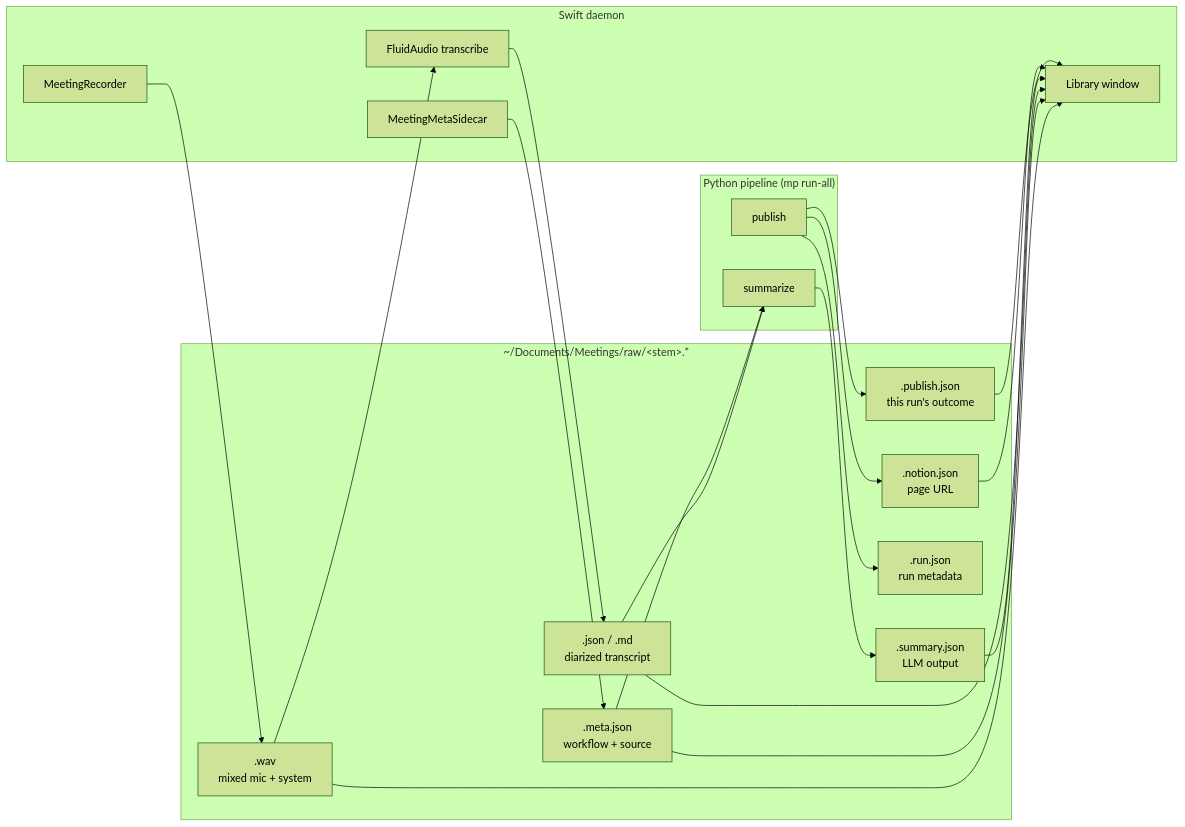
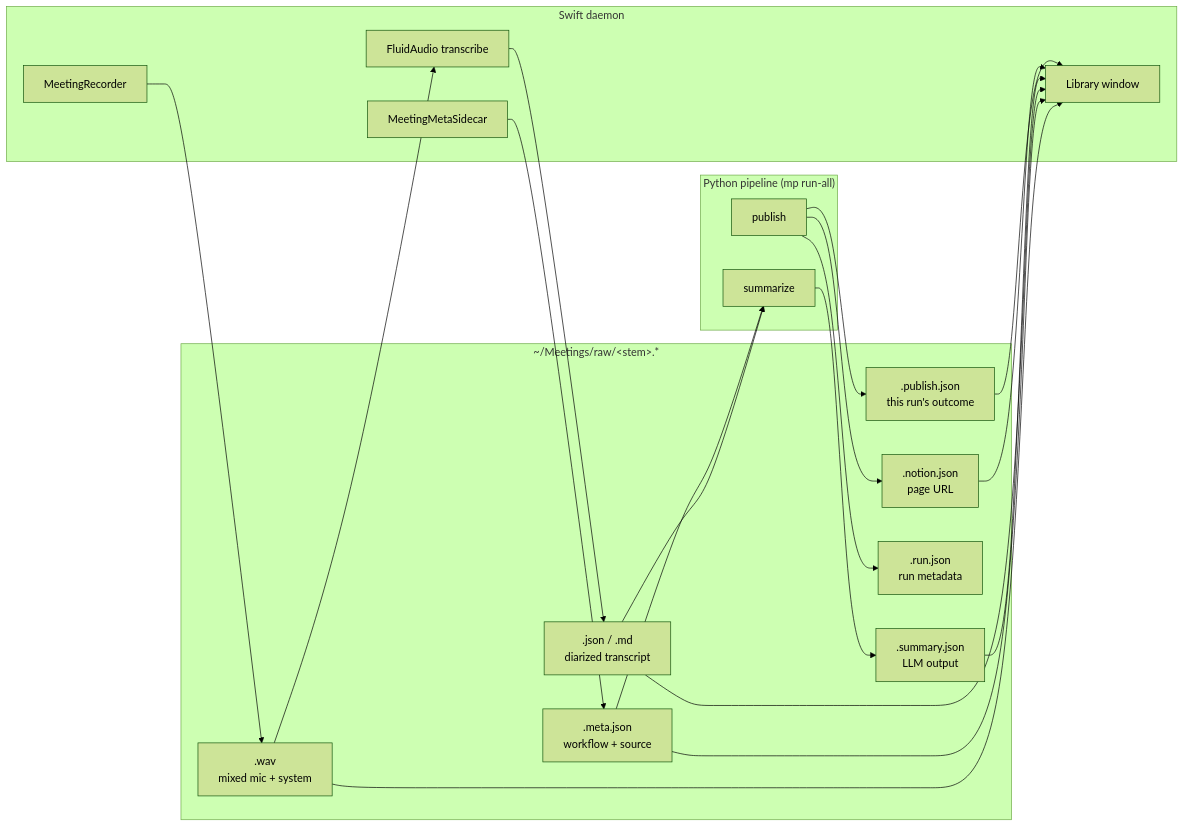
The fourth of 5 diagrams in ARCHITECTURE.md (ggegelya/meeting-pipe), drawn with Mermaid (forest theme) before and after one commit. The commit also changed other lines of this file and 27 other files, not shown here.

````diff
--- a/ARCHITECTURE.md
+++ b/ARCHITECTURE.md
@@ -153,41 +153,41 @@
 ```mermaid
 flowchart LR
     subgraph DaemonSide["Swift daemon"]
         DR["MeetingRecorder"]
         DM["MeetingMetaSidecar"]
         DT["FluidAudio transcribe"]
         DL["Library window"]
     end
 
-    subgraph Files["~/Documents/Meetings/raw/&lt;stem&gt;.*"]
+    subgraph Files["~/Meetings/raw/&lt;stem&gt;.*"]
         WAV[".wav<br/>mixed mic + system"]
         META[".meta.json<br/>workflow + source"]
         TRANSCRIPT[".json / .md<br/>diarized transcript"]
         SUMM[".summary.json<br/>LLM output"]
         NOT[".notion.json<br/>page URL"]
         RUN[".run.json<br/>run metadata"]
         PUB[".publish.json<br/>this run's outcome"]
     end
 
     subgraph Pipe["Python pipeline (mp run-all)"]
         PS["summarize"]
         PP["publish"]
     end
 
     DR --> WAV
     DM --> META
     WAV --> DT
     DT --> TRANSCRIPT
     TRANSCRIPT --> PS
     META --> PS
     PS --> SUMM
     PP --> NOT
     PP --> RUN
     PP --> PUB
     WAV --> DL
     META --> DL
     TRANSCRIPT --> DL
     SUMM --> DL
     NOT --> DL
     PUB --> DL
 ```
````
